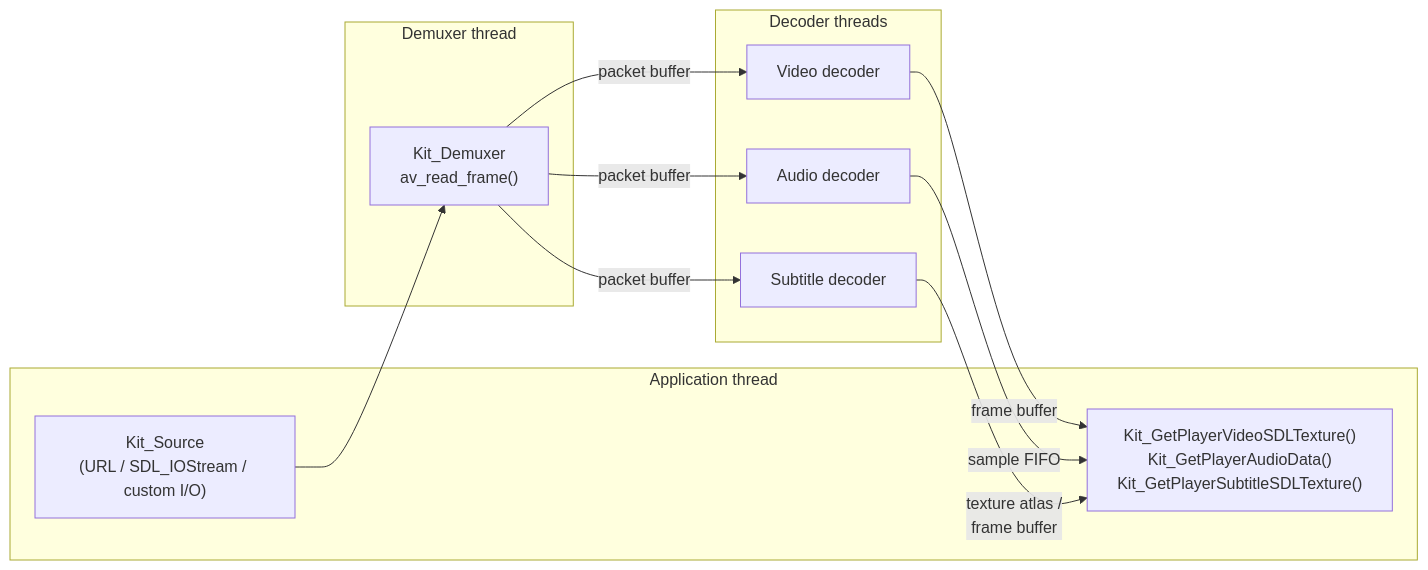
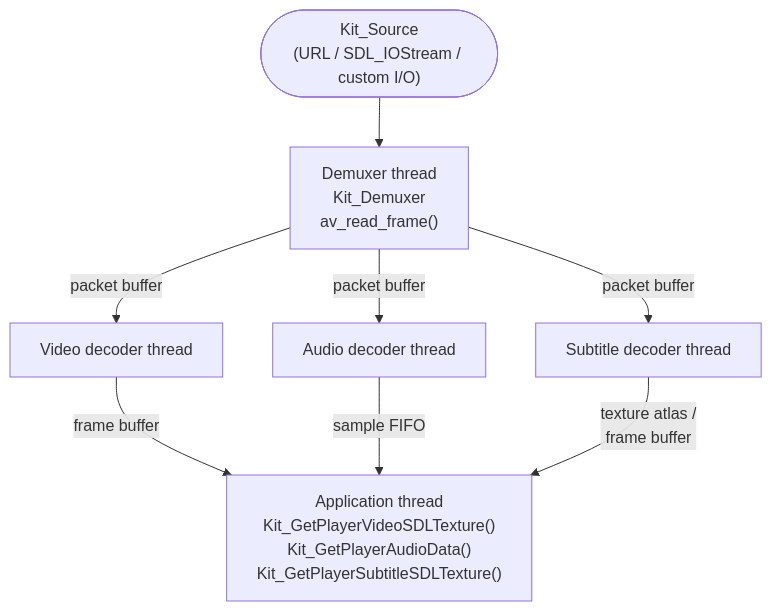
Before and after one commit to katajakasa/SDL_kitchensink: the first of 2 diagrams in docs/ARCHITECTURE.md, drawn with Mermaid. The commit also changed other lines of this file and 17 other files, not shown here.

````diff
--- a/docs/ARCHITECTURE.md
+++ b/docs/ARCHITECTURE.md
@@ -59,22 +50,23 @@
 ```mermaid
-flowchart LR
-    subgraph app["Application thread"]
-        SRC["Kit_Source<br/>(URL / SDL_IOStream / custom I/O)"]
-        OUT["Kit_GetPlayerVideoSDLTexture()<br/>Kit_GetPlayerAudioData()<br/>Kit_GetPlayerSubtitleSDLTexture()"]
-    end
-    subgraph demux["Demuxer thread"]
-        DEM["Kit_Demuxer<br/>av_read_frame()"]
-    end
-    subgraph decoders["Decoder threads"]
-        VDEC["Video decoder"]
-        ADEC["Audio decoder"]
-        SDEC["Subtitle decoder"]
-    end
+flowchart TD
+    SRC(["`Kit_Source
+    (URL / SDL_IOStream / custom I/O)`"])
+    DEM["`Demuxer thread
+    Kit_Demuxer
+    av_read_frame()`"]
+    VDEC["Video decoder thread"]
+    ADEC["Audio decoder thread"]
+    SDEC["Subtitle decoder thread"]
+    OUT["`Application thread
+    Kit_GetPlayerVideoSDLTexture()
+    Kit_GetPlayerAudioData()
+    Kit_GetPlayerSubtitleSDLTexture()`"]
     SRC --> DEM
     DEM -->|"packet buffer"| VDEC
     DEM -->|"packet buffer"| ADEC
     DEM -->|"packet buffer"| SDEC
     VDEC -->|"frame buffer"| OUT
     ADEC -->|"sample FIFO"| OUT
-    SDEC -->|"texture atlas /<br/>frame buffer"| OUT
+    SDEC -->|"`texture atlas /
+    frame buffer`"| OUT
 ```
````
